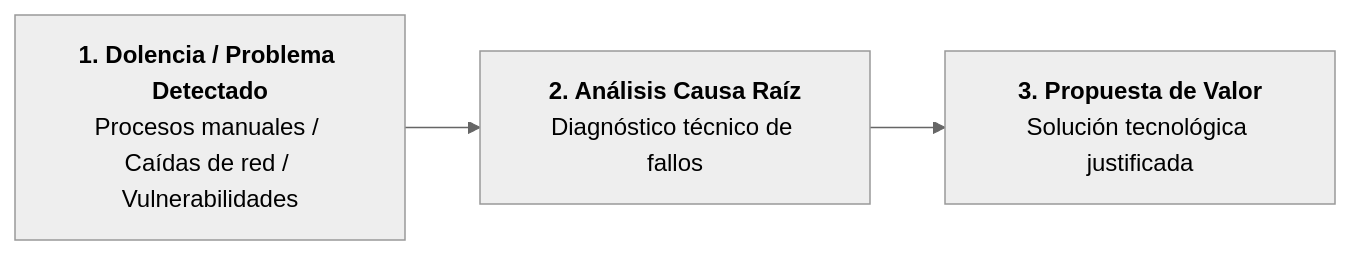
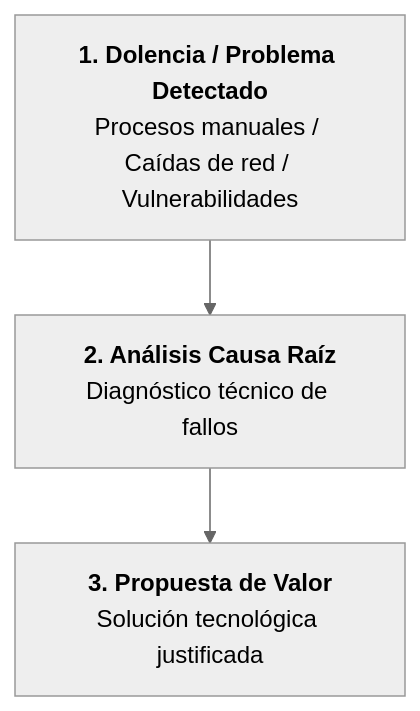
The fifth of 13 diagrams in RA1.md (fencgut961/PI_26_27), drawn with Mermaid (neutral theme) before and after one commit. The commit also changed other lines of this file, not shown here.

````diff
--- a/RA1.md
+++ b/RA1.md
@@ -199,4 +183,4 @@
 ```mermaid
-flowchart LR
+flowchart TD
     A["<b>1. Dolencia / Problema Detectado</b><br/>Procesos manuales / Caídas de red / Vulnerabilidades"] --> B["<b>2. Análisis Causa Raíz</b><br/>Diagnóstico técnico de fallos"] --> C["<b>3. Propuesta de Valor</b><br/>Solución tecnológica justificada"]
 ```
````
